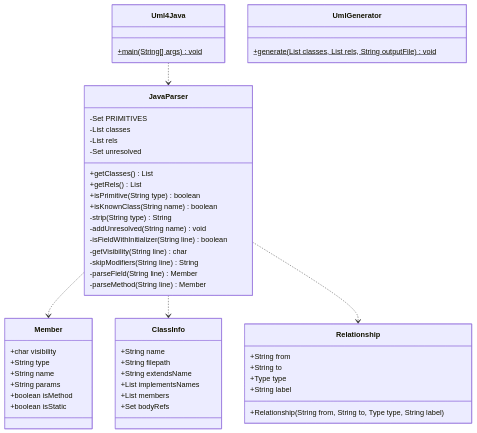
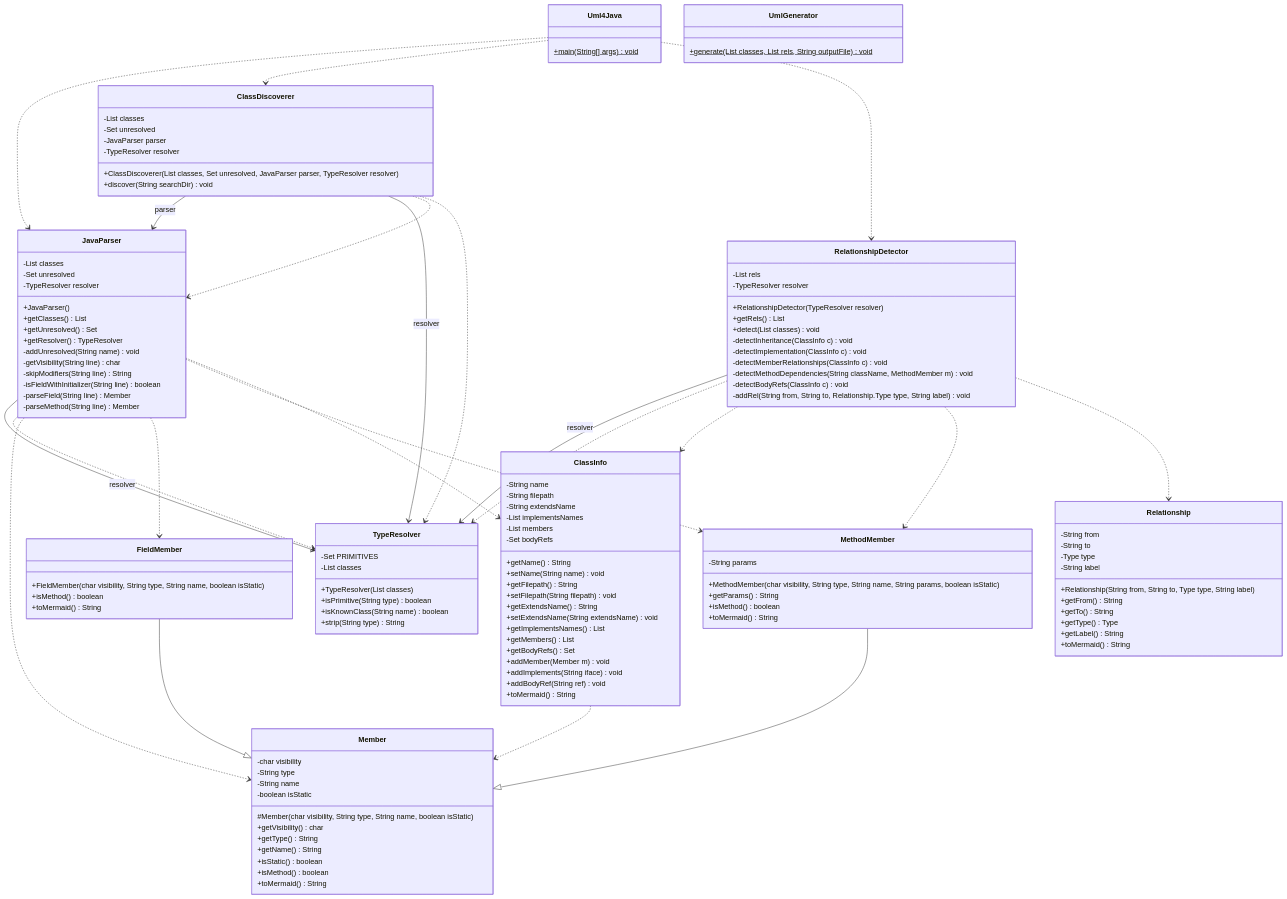
One commit to mo-mosverkstad/reverse_engineer_tools changed the diagram in uml-java/reference_class.md. Above: the diagram before and after it, drawn with Mermaid. The commit also changed 25 other files, not shown here.

````diff
--- a/uml-java/reference_class.md
+++ b/uml-java/reference_class.md
@@ -3,44 +3,106 @@
 ```mermaid
 classDiagram
+    class ClassDiscoverer {
+        -List classes
+        -Set unresolved
+        -JavaParser parser
+        -TypeResolver resolver
+        +ClassDiscoverer(List<ClassInfo> classes, Set<String> unresolved, JavaParser parser, TypeResolver resolver)
+        +discover(String searchDir) void
+    }
     class ClassInfo {
-        +String name
-        +String filepath
-        +String extendsName
-        +List implementsNames
-        +List members
-        +Set bodyRefs
+        -String name
+        -String filepath
+        -String extendsName
+        -List implementsNames
+        -List members
+        -Set bodyRefs
+        +getName() String
+        +setName(String name) void
+        +getFilepath() String
+        +setFilepath(String filepath) void
+        +getExtendsName() String
+        +setExtendsName(String extendsName) void
+        +getImplementsNames() List<String>
+        +getMembers() List<Member>
+        +getBodyRefs() Set<String>
+        +addMember(Member m) void
+        +addImplements(String iface) void
+        +addBodyRef(String ref) void
+        +toMermaid() String
+    }
+    class FieldMember {
+        +FieldMember(char visibility, String type, String name, boolean isStatic)
+        +isMethod() boolean
+        +toMermaid() String
     }
     class JavaParser {
-        -Set PRIMITIVES
         -List classes
-        -List rels
         -Set unresolved
+        -TypeResolver resolver
+        +JavaParser()
         +getClasses() List<ClassInfo>
-        +getRels() List<Relationship>
-        +isPrimitive(String type) boolean
-        +isKnownClass(String name) boolean
-        -strip(String type) String
+        +getUnresolved() Set<String>
+        +getResolver() TypeResolver
         -addUnresolved(String name) void
-        -isFieldWithInitializer(String line) boolean
         -getVisibility(String line) char
         -skipModifiers(String line) String
+        -isFieldWithInitializer(String line) boolean
         -parseField(String line) Member
         -parseMethod(String line) Member
     }
     class Member {
-        +char visibility
-        +String type
-        +String name
-        +String params
-        +boolean isMethod
-        +boolean isStatic
+        -char visibility
+        -String type
+        -String name
+        -boolean isStatic
+        #Member(char visibility, String type, String name, boolean isStatic)
+        +getVisibility() char
+        +getType() String
+        +getName() String
+        +isStatic() boolean
+        +isMethod() boolean
+        +toMermaid() String
+    }
+    class MethodMember {
+        -String params
+        +MethodMember(char visibility, String type, String name, String params, boolean isStatic)
+        +getParams() String
+        +isMethod() boolean
+        +toMermaid() String
     }
     class Relationship {
-        +String from
-        +String to
-        +Type type
-        +String label
+        -String from
+        -String to
+        -Type type
+        -String label
         +Relationship(String from, String to, Type type, String label)
+        +getFrom() String
+        +getTo() String
+        +getType() Type
+        +getLabel() String
+        +toMermaid() String
+    }
+    class RelationshipDetector {
+        -List rels
+        -TypeResolver resolver
+        +RelationshipDetector(TypeResolver resolver)
+        +getRels() List<Relationship>
+        +detect(List<ClassInfo> classes) void
+        -detectInheritance(ClassInfo c) void
+        -detectImplementation(ClassInfo c) void
+        -detectMemberRelationships(ClassInfo c) void
+        -detectMethodDependencies(String className, MethodMember m) void
+        -detectBodyRefs(ClassInfo c) void
+        -addRel(String from, String to, Relationship.Type type, String label) void
+    }
+    class TypeResolver {
+        -Set PRIMITIVES
+        -List classes
+        +TypeResolver(List<ClassInfo> classes)
+        +isPrimitive(String type) boolean
+        +isKnownClass(String name) boolean
+        +strip(String type) String
     }
     class Uml4Java {
         +main(String[] args)$ void
@@ -48,8 +110,25 @@
     class UmlGenerator {
         +generate(List<ClassInfo> classes, List<Relationship> rels, String outputFile)$ void
     }
+    ClassDiscoverer --> JavaParser : parser
+    ClassDiscoverer --> TypeResolver : resolver
+    ClassDiscoverer ..> JavaParser
+    ClassDiscoverer ..> TypeResolver
+    ClassInfo ..> Member
+    FieldMember --|> Member
+    JavaParser --> TypeResolver : resolver
+    JavaParser ..> TypeResolver
     JavaParser ..> Member
+    JavaParser ..> FieldMember
+    JavaParser ..> MethodMember
     JavaParser ..> ClassInfo
-    JavaParser ..> Relationship
+    MethodMember --|> Member
+    RelationshipDetector --> TypeResolver : resolver
+    RelationshipDetector ..> TypeResolver
+    RelationshipDetector ..> ClassInfo
+    RelationshipDetector ..> MethodMember
+    RelationshipDetector ..> Relationship
     Uml4Java ..> JavaParser
+    Uml4Java ..> ClassDiscoverer
+    Uml4Java ..> RelationshipDetector
 ```
````
